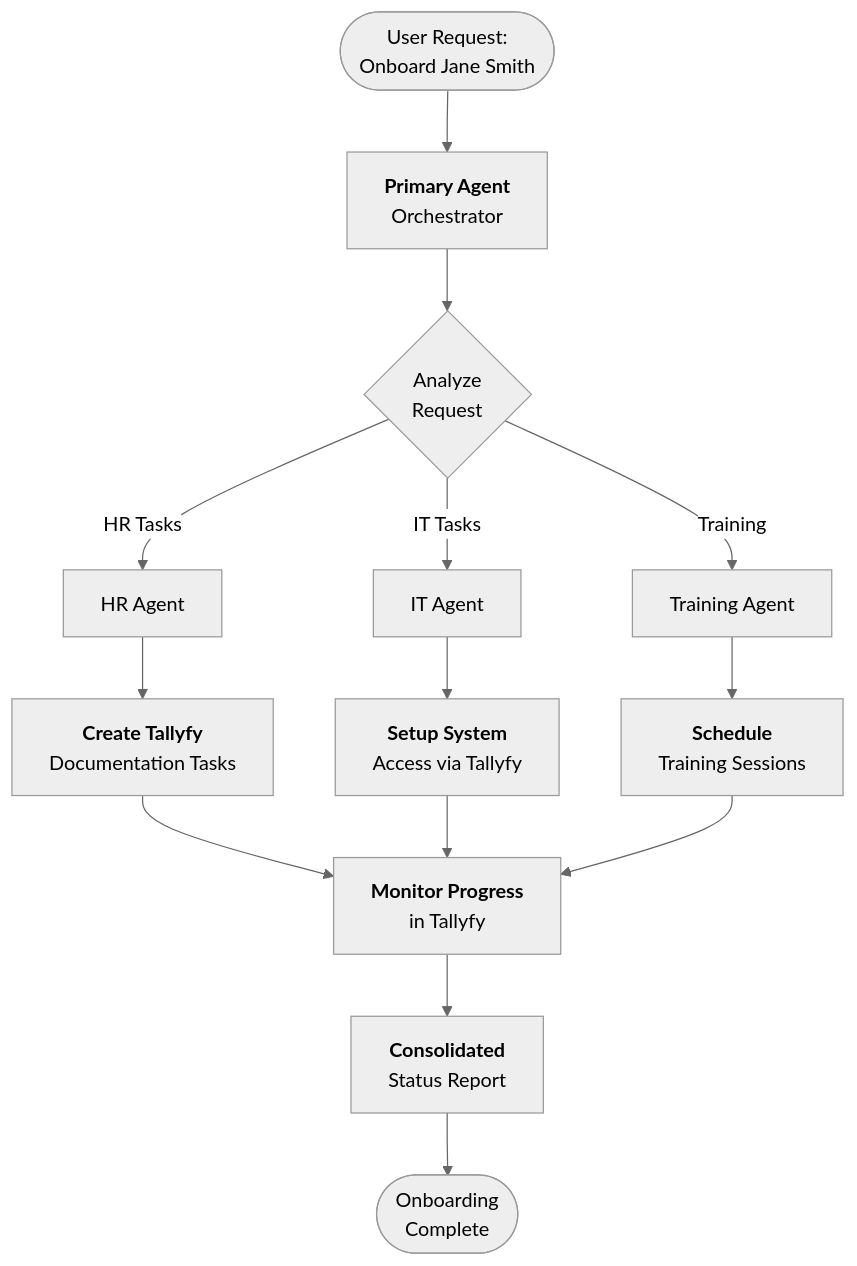
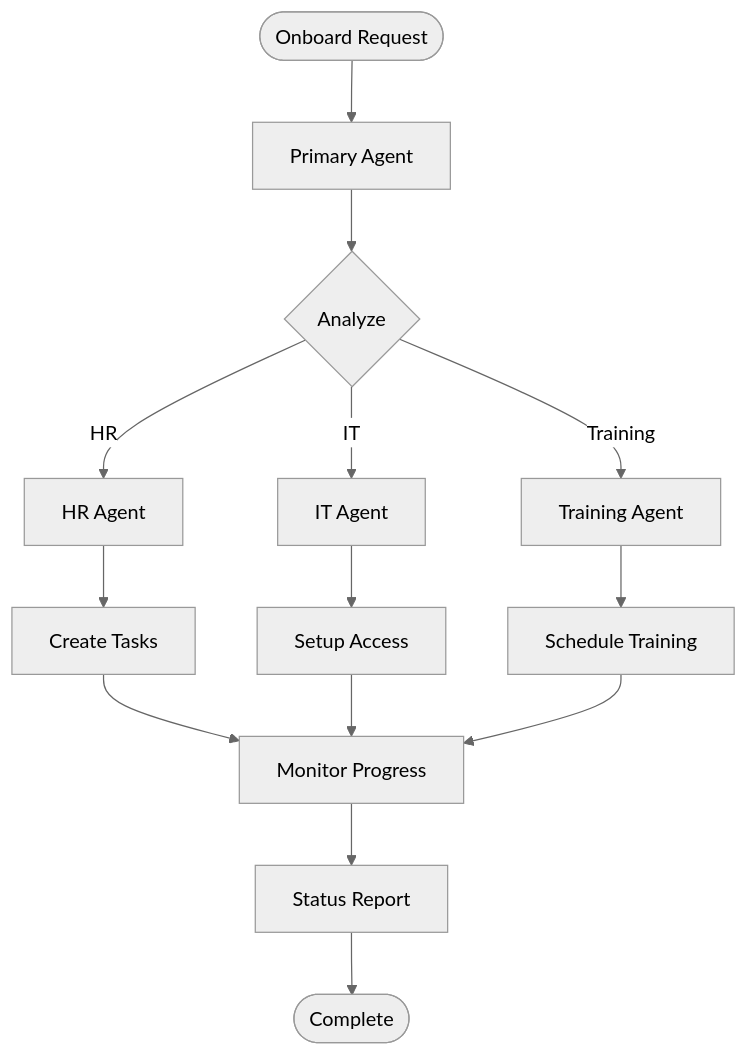
One commit to tallyfy/documentation changed the second of 3 diagrams in src/content/docs/pro/integrations/mcp-server/microsoft-copilot-studio/index.mdx. Above: the diagram before and after it, drawn with Mermaid. The commit also changed other lines of this file and 3 other files, not shown here.

````diff
--- a/src/content/docs/pro/integrations/mcp-server/microsoft-copilot-studio/index.mdx
+++ b/src/content/docs/pro/integrations/mcp-server/microsoft-copilot-studio/index.mdx
@@ -89,31 +89,25 @@
 ```mermaid
 %%{init: {'theme':'neutral'}}%%
 flowchart TD
-    Start([User Request:<br/>Onboard Jane Smith]) --> Primary["`**Primary Agent**
-Orchestrator`"]
+    Start([Onboard Request]) --> Primary[Primary Agent]
     
-    Primary --> Analyze{Analyze<br/>Request}
+    Primary --> Analyze{Analyze}
     
-    Analyze -->|"`HR Tasks`"| HR[HR Agent]
-    Analyze -->|"`IT Tasks`"| IT[IT Agent]  
-    Analyze -->|"`Training`"| Train[Training Agent]
+    Analyze -->|HR| HR[HR Agent]
+    Analyze -->|IT| IT[IT Agent]  
+    Analyze -->|Training| Train[Training Agent]
     
-    HR --> HR1["`**Create Tallyfy**
-Documentation Tasks`"]
-    IT --> IT1["`**Setup System**
-Access via Tallyfy`"]
-    Train --> T1["`**Schedule**
-Training Sessions`"]
+    HR --> HR1[Create Tasks]
+    IT --> IT1[Setup Access]
+    Train --> T1[Schedule Training]
     
-    HR1 --> Monitor["`**Monitor Progress**
-in Tallyfy`"]
+    HR1 --> Monitor[Monitor Progress]
     IT1 --> Monitor
     T1 --> Monitor
     
-    Monitor --> Status["`**Consolidated**
-Status Report`"]
-    Status --> End([Onboarding<br/>Complete])
+    Monitor --> Status[Status Report]
+    Status --> End([Complete])
     
     click HR1 "/products/pro/tracking-and-tasks/tasks/index/" "Task management"
     click Monitor "/products/pro/tracking-and-tasks/tracker-view/index/" "Process tracking"
 ```
````
